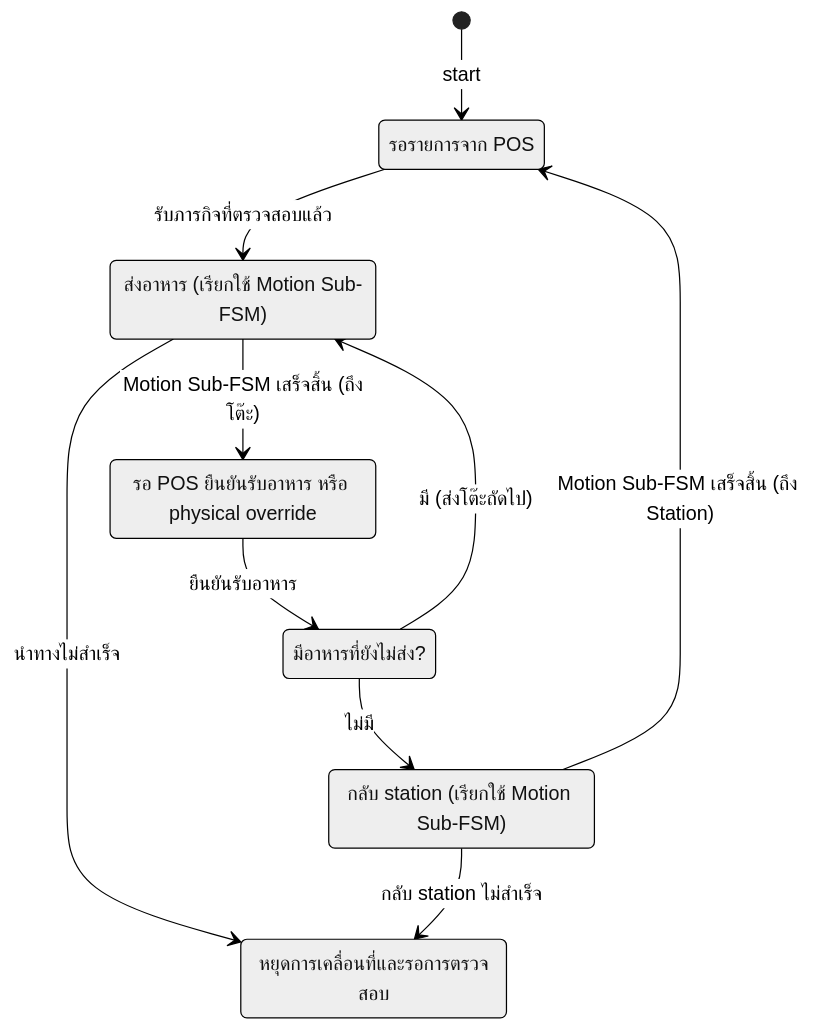
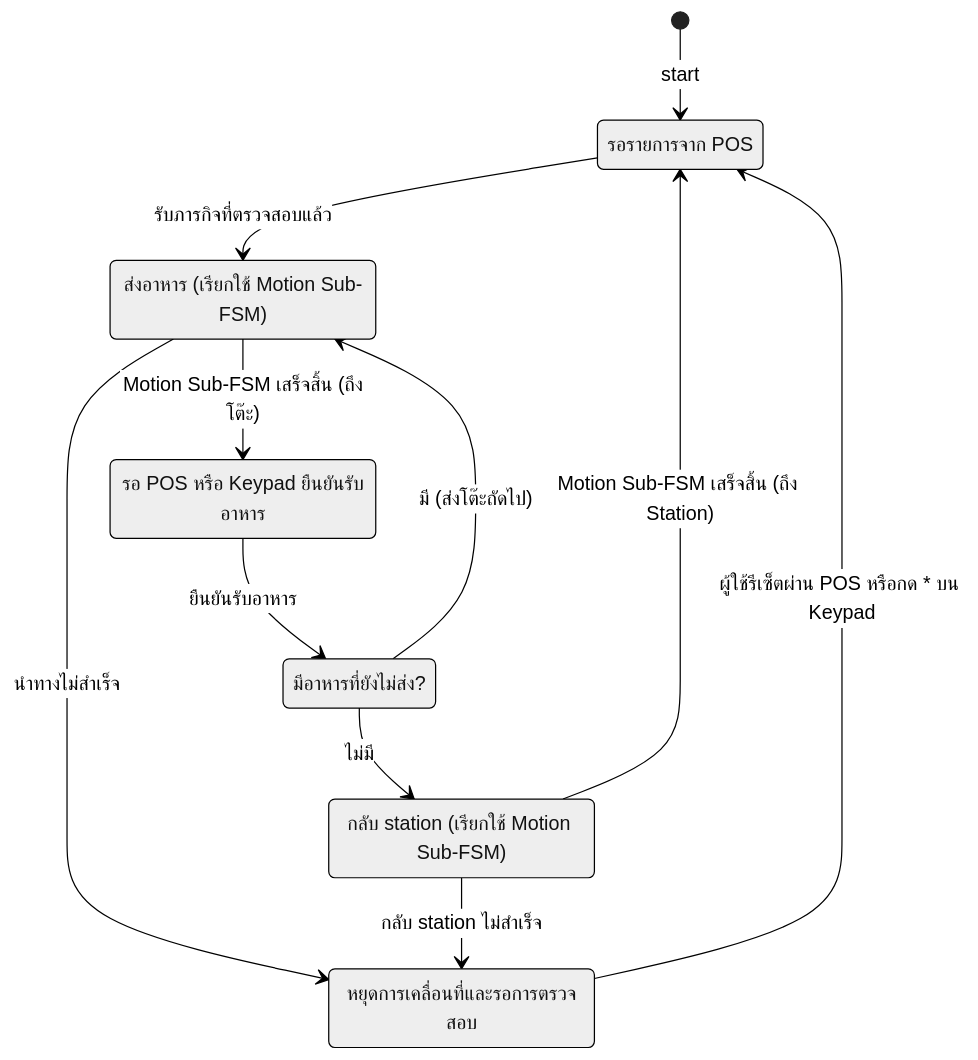
Before and after one commit to AungpaoK/EmbeddedProj: the first of 2 diagrams in docs/FSM.md, drawn with Mermaid (neutral theme). The commit also changed other lines of this file and 12 other files, not shown here.

Commit message:
feat: add keypad control to POS

````diff
--- a/docs/FSM.md
+++ b/docs/FSM.md
@@ -11,20 +11,21 @@
 ```mermaid
 stateDiagram-v2
     [*] --> WaitForPOS: start
 
     WaitForPOS: รอรายการจาก POS
     Delivering: ส่งอาหาร (เรียกใช้ Motion Sub-FSM)
-    WaitForPickup: รอ POS ยืนยันรับอาหาร หรือ physical override
+    WaitForPickup: รอ POS หรือ Keypad ยืนยันรับอาหาร
     CheckRemaining: มีอาหารที่ยังไม่ส่ง?
     ReturnStation: กลับ station (เรียกใช้ Motion Sub-FSM)
     Error: หยุดการเคลื่อนที่และรอการตรวจสอบ
 
     WaitForPOS --> Delivering: รับภารกิจที่ตรวจสอบแล้ว
     Delivering --> WaitForPickup: Motion Sub-FSM เสร็จสิ้น (ถึงโต๊ะ)
     Delivering --> Error: นำทางไม่สำเร็จ
     WaitForPickup --> CheckRemaining: ยืนยันรับอาหาร
     CheckRemaining --> Delivering: มี (ส่งโต๊ะถัดไป)
     CheckRemaining --> ReturnStation: ไม่มี
     ReturnStation --> WaitForPOS: Motion Sub-FSM เสร็จสิ้น (ถึง Station)
     ReturnStation --> Error: กลับ station ไม่สำเร็จ
+    Error --> WaitForPOS: ผู้ใช้รีเซ็ตผ่าน POS หรือกด * บน Keypad
 ```
````
